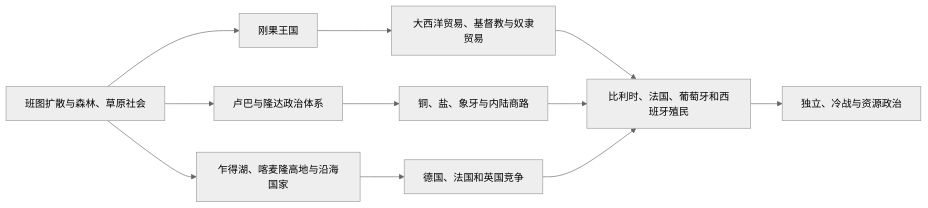
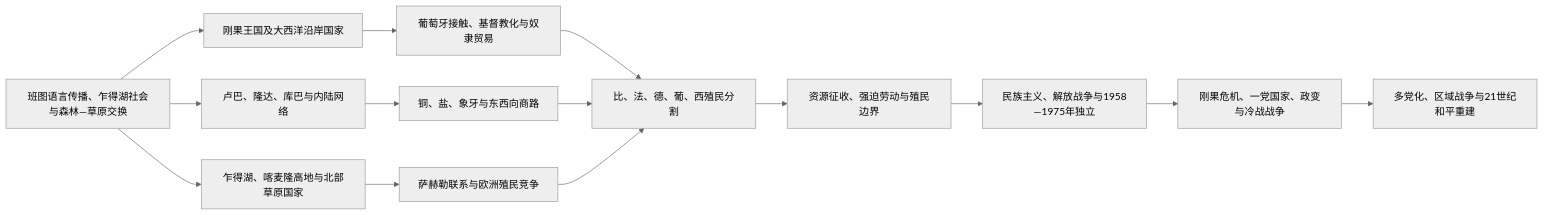
One commit to tianlan-dev/learning-notes changed the diagram in 人文科学/历史/非洲/中非/README.md. Above: the diagram before and after it, drawn with Mermaid (neutral theme). The commit also changed other lines of this file and 1417 other files, not shown here.

````diff
--- a/人文科学/历史/非洲/中非/README.md
+++ b/人文科学/历史/非洲/中非/README.md
@@ -9,13 +11,16 @@
 ```mermaid
 flowchart LR
-    A["班图扩散与森林、草原社会"] --> B["刚果王国"]
-    A --> C["卢巴与隆达政治体系"]
-    A --> D["乍得湖、喀麦隆高地与沿海国家"]
-    B --> E["大西洋贸易、基督教与奴隶贸易"]
-    C --> F["铜、盐、象牙与内陆商路"]
-    D --> G["德国、法国和英国竞争"]
-    E --> H["比利时、法国、葡萄牙和西班牙殖民"]
+    A["班图语言传播、乍得湖社会与森林—草原交换"] --> B["刚果王国及大西洋沿岸国家"]
+    A --> C["卢巴、隆达、库巴与内陆网络"]
+    A --> D["乍得湖、喀麦隆高地与北部草原国家"]
+    B --> E["葡萄牙接触、基督教化与奴隶贸易"]
+    C --> F["铜、盐、象牙与东西向商路"]
+    D --> G["萨赫勒联系与欧洲殖民竞争"]
+    E --> H["比、法、德、葡、西殖民分割"]
     F --> H
     G --> H
-    H --> I["独立、冷战与资源政治"]
+    H --> I["资源征收、强迫劳动与殖民边界"]
+    I --> J["民族主义、解放战争与1958—1975年独立"]
+    J --> K["刚果危机、一党国家、政变与冷战战争"]
+    K --> L["多党化、区域战争与21世纪和平重建"]
 ```
````
